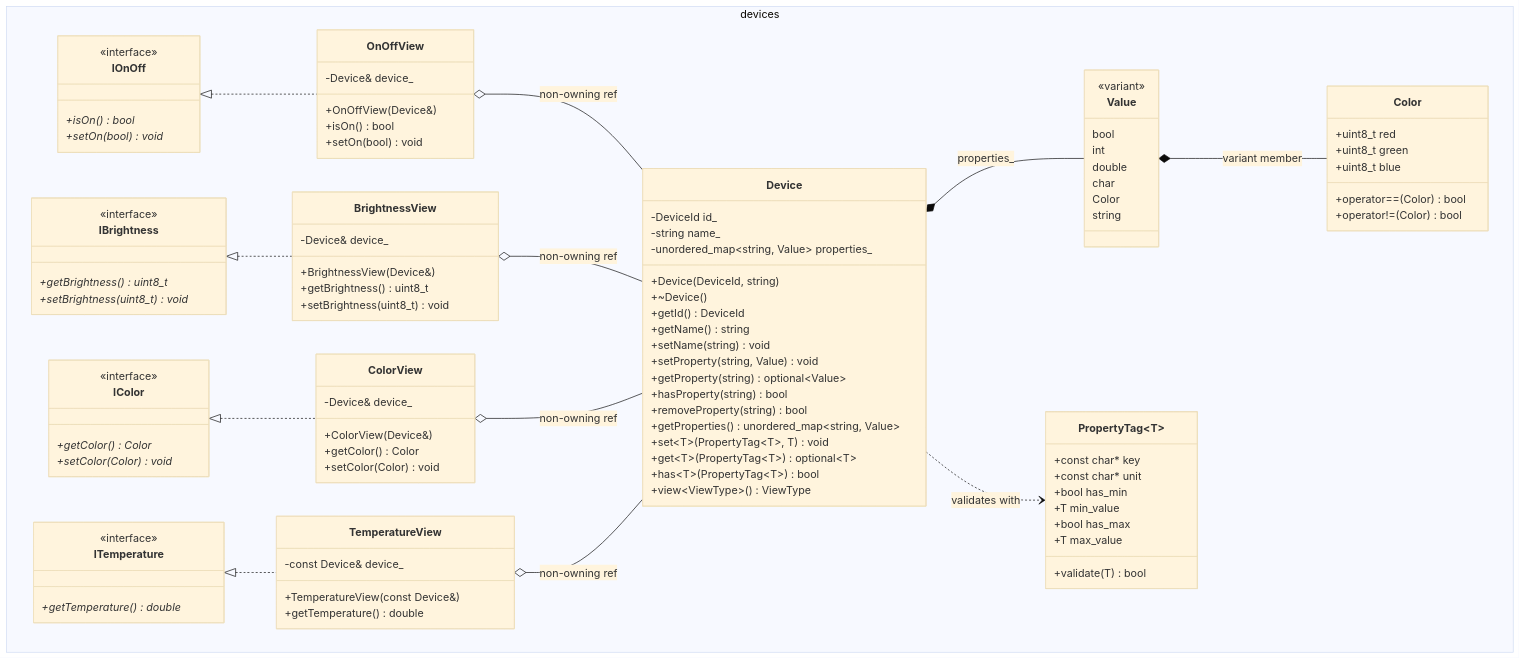
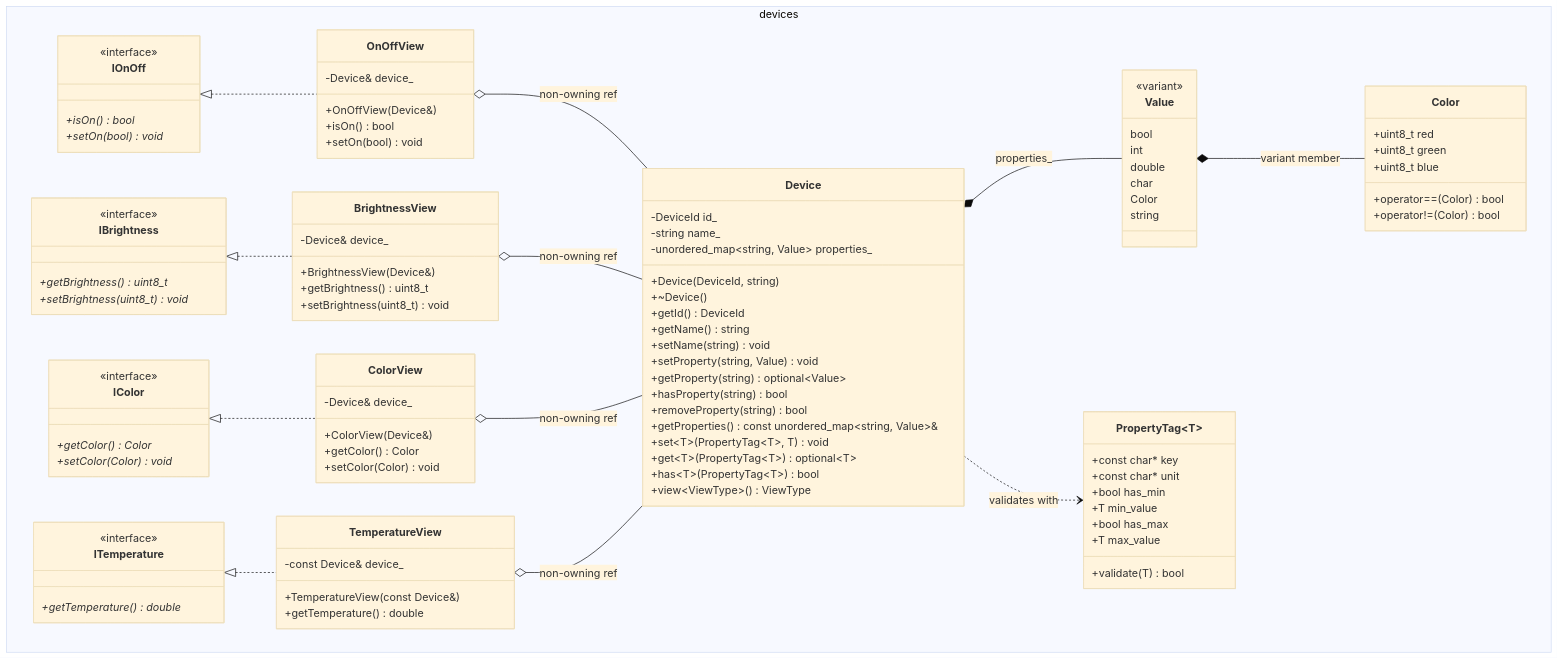
The first of 2 diagrams in specs/devices/design.md (Krikozyabra/smart_home), drawn with Mermaid (base theme) before and after one commit. The commit also changed other lines of this file and 37 other files, not shown here.

```diff
--- a/specs/devices/design.md
+++ b/specs/devices/design.md
@@ -105,7 +105,7 @@
             +getProperty(string) optional~Value~
             +hasProperty(string) bool
             +removeProperty(string) bool
-            +getProperties() unordered_map~string, Value~
+            +getProperties() const unordered_map~string, Value~&
             +set~T~(PropertyTag~T~, T) void
             +get~T~(PropertyTag~T~) optional~T~
             +has~T~(PropertyTag~T~) bool
```
